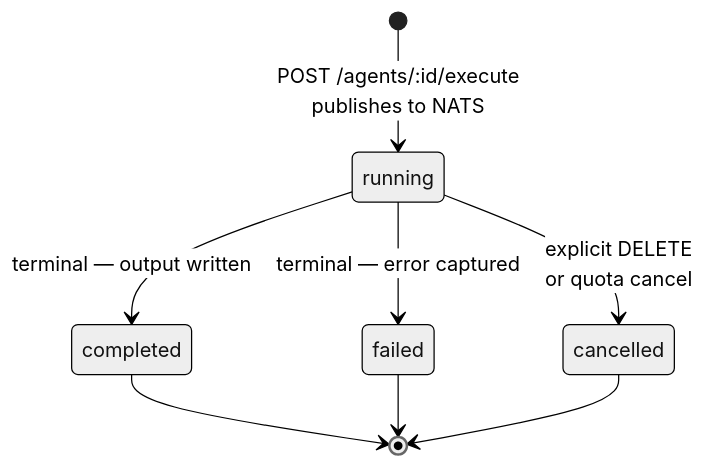
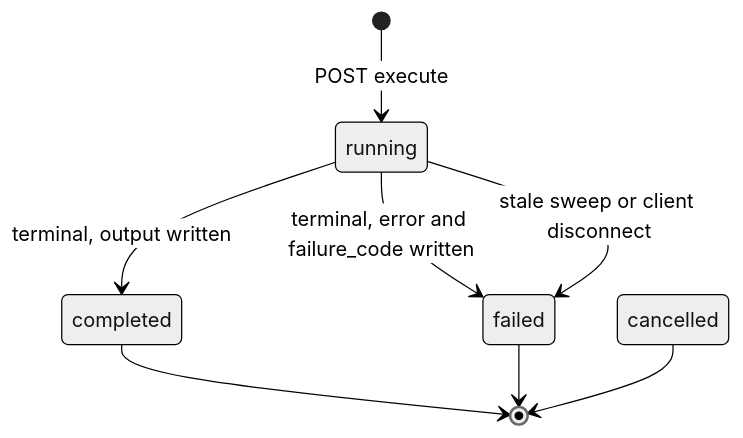
The first of 5 diagrams in apps/web/public/dev-docs/02-runtime/09-state-machines.md (sarkar4777/abenix), drawn with Mermaid (neutral theme) before and after one commit. The commit also changed other lines of this file and 288 other files, not shown here.

````diff
--- a/apps/web/public/dev-docs/02-runtime/09-state-machines.md
+++ b/apps/web/public/dev-docs/02-runtime/09-state-machines.md
@@ -9,10 +9,10 @@
 ```mermaid
 stateDiagram-v2
-  [*] --> running: POST /agents/:id/execute<br/>publishes to NATS
-  running --> completed: terminal — output written
-  running --> failed: terminal — error captured
-  running --> cancelled: explicit DELETE<br/>or quota cancel
+  [*] --> running: POST execute
+  running --> completed: terminal, output written
+  running --> failed: terminal, error and failure_code written
+  running --> failed: stale sweep or client disconnect
   completed --> [*]
   failed --> [*]
   cancelled --> [*]
 ```
````
